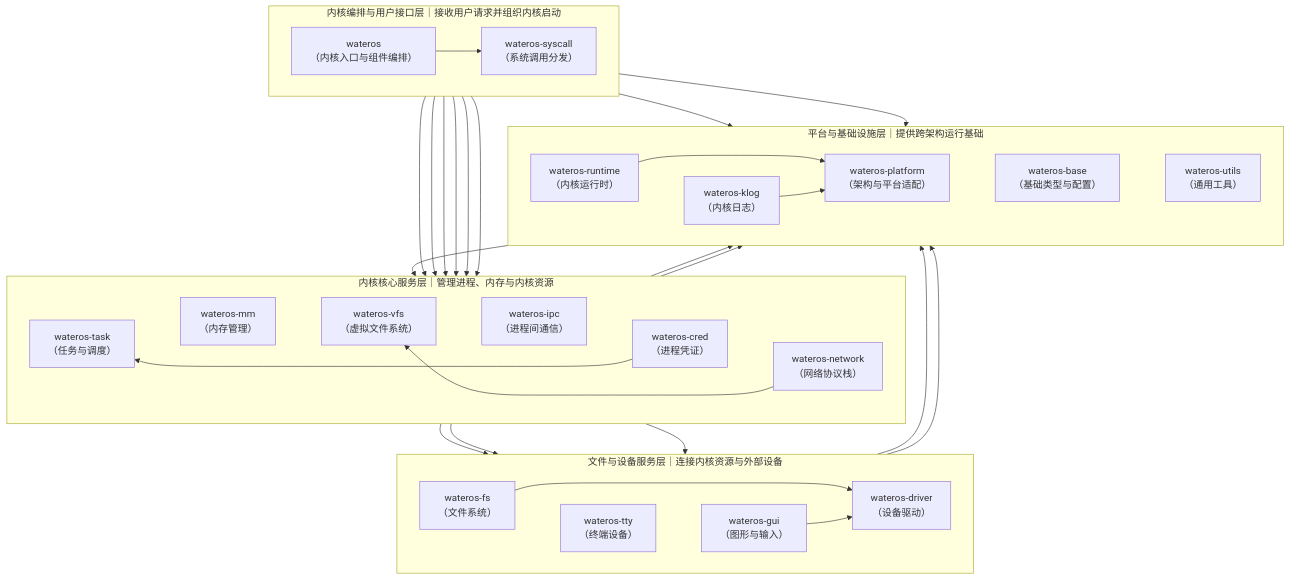
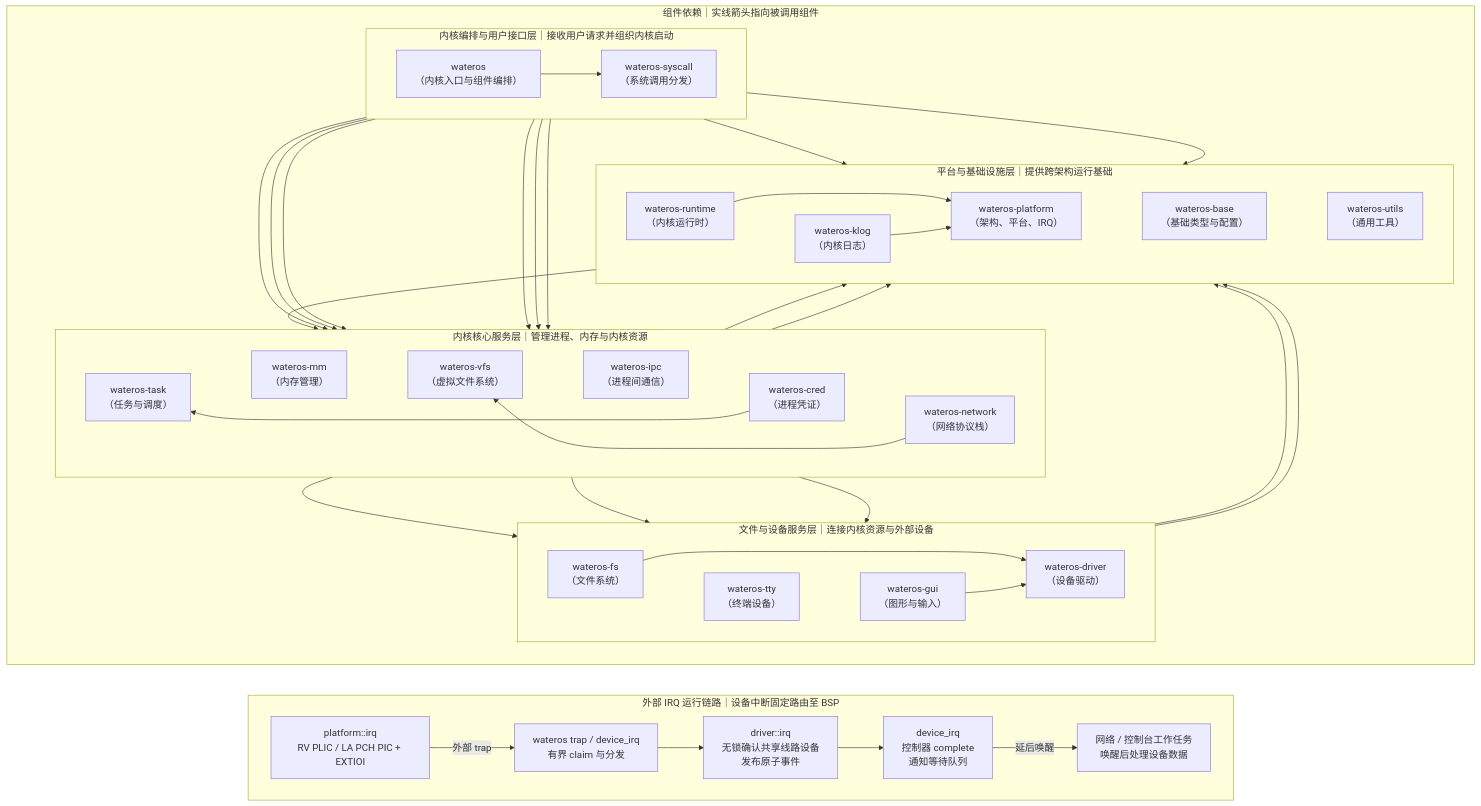
The diagram in docs/assert/diagrams/wateros-architecture.mmd (zhitian111/WaterOS), drawn with Mermaid before and after one commit. The commit also changed 55 other files, not shown here.

```diff
--- a/docs/assert/diagrams/wateros-architecture.mmd
+++ b/docs/assert/diagrams/wateros-architecture.mmd
@@ -1,70 +1,95 @@
 flowchart TB
+
+  subgraph components["组件依赖｜实线箭头指向被调用组件"]
+    direction TB
 
   subgraph entry["内核编排与用户接口层｜接收用户请求并组织内核启动"]
     direction LR
     wateros["wateros<br/>（内核入口与组件编排）"]
     syscall["wateros-syscall<br/>（系统调用分发）"]
   end
 
   subgraph core["内核核心服务层｜管理进程、内存与内核资源"]
     direction LR
     task["wateros-task<br/>（任务与调度）"]
     mm["wateros-mm<br/>（内存管理）"]
     vfs["wateros-vfs<br/>（虚拟文件系统）"]
     ipc["wateros-ipc<br/>（进程间通信）"]
     cred["wateros-cred<br/>（进程凭证）"]
     network["wateros-network<br/>（网络协议栈）"]
   end
 
   subgraph io["文件与设备服务层｜连接内核资源与外部设备"]
     direction LR
     fs["wateros-fs<br/>（文件系统）"]
     tty["wateros-tty<br/>（终端设备）"]
     gui["wateros-gui<br/>（图形与输入）"]
     driver["wateros-driver<br/>（设备驱动）"]
   end
 
   subgraph foundation["平台与基础设施层｜提供跨架构运行基础"]
     direction LR
     runtime["wateros-runtime<br/>（内核运行时）"]
     klog["wateros-klog<br/>（内核日志）"]
-    platform["wateros-platform<br/>（架构与平台适配）"]
+    platform["wateros-platform<br/>（架构、平台、IRQ）"]
     base["wateros-base<br/>（基础类型与配置）"]
     utils["wateros-utils<br/>（通用工具）"]
   end
 
   wateros --> syscall
   wateros --> runtime
   wateros --> utils
 
   syscall --> task
   syscall --> mm
   syscall --> vfs
   syscall --> ipc
   syscall --> cred
   syscall --> network
 
   vfs --> fs
   vfs --> tty
   gui --> driver
   network --> vfs
   cred --> task
   fs --> driver
   network --> driver
   driver --> platform
   runtime --> platform
   klog --> task
   klog --> platform
   task --> base
   mm --> base
   driver --> base
 
   task ~~~ mm ~~~ vfs ~~~ ipc ~~~ cred ~~~ network
   fs ~~~ tty ~~~ gui ~~~ driver
   runtime ~~~ klog ~~~ platform ~~~ base ~~~ utils
 
   class wateros boundary;
   class syscall configuration;
   class task,mm,vfs,ipc,cred,network service;
   class fs,tty,gui,driver interface;
   class runtime,klog,platform,base,utils foundation;
+
+
+  end
+
+  %% Runtime IRQ flow is separate from the component dependency arrows above.
+  subgraph irq_path["外部 IRQ 运行链路｜设备中断固定路由至 BSP"]
+    direction LR
+    irq_controller["platform::irq<br/>RV PLIC / LA PCH PIC + EXTIOI"]
+    irq_dispatch["wateros trap / device_irq<br/>有界 claim 与分发"]
+    irq_ack["driver::irq<br/>无锁确认共享线路设备<br/>发布原子事件"]
+    irq_complete["device_irq<br/>控制器 complete<br/>通知等待队列"]
+    irq_worker["网络 / 控制台工作任务<br/>唤醒后处理设备数据"]
+    irq_controller -->|外部 trap| irq_dispatch
+    irq_dispatch --> irq_ack
+    irq_ack --> irq_complete
+    irq_complete -->|延后唤醒| irq_worker
+  end
+  components ~~~ irq_path
+  class irq_controller foundation;
+  class irq_dispatch,irq_complete boundary;
+  class irq_ack interface;
+  class irq_worker service;
```
